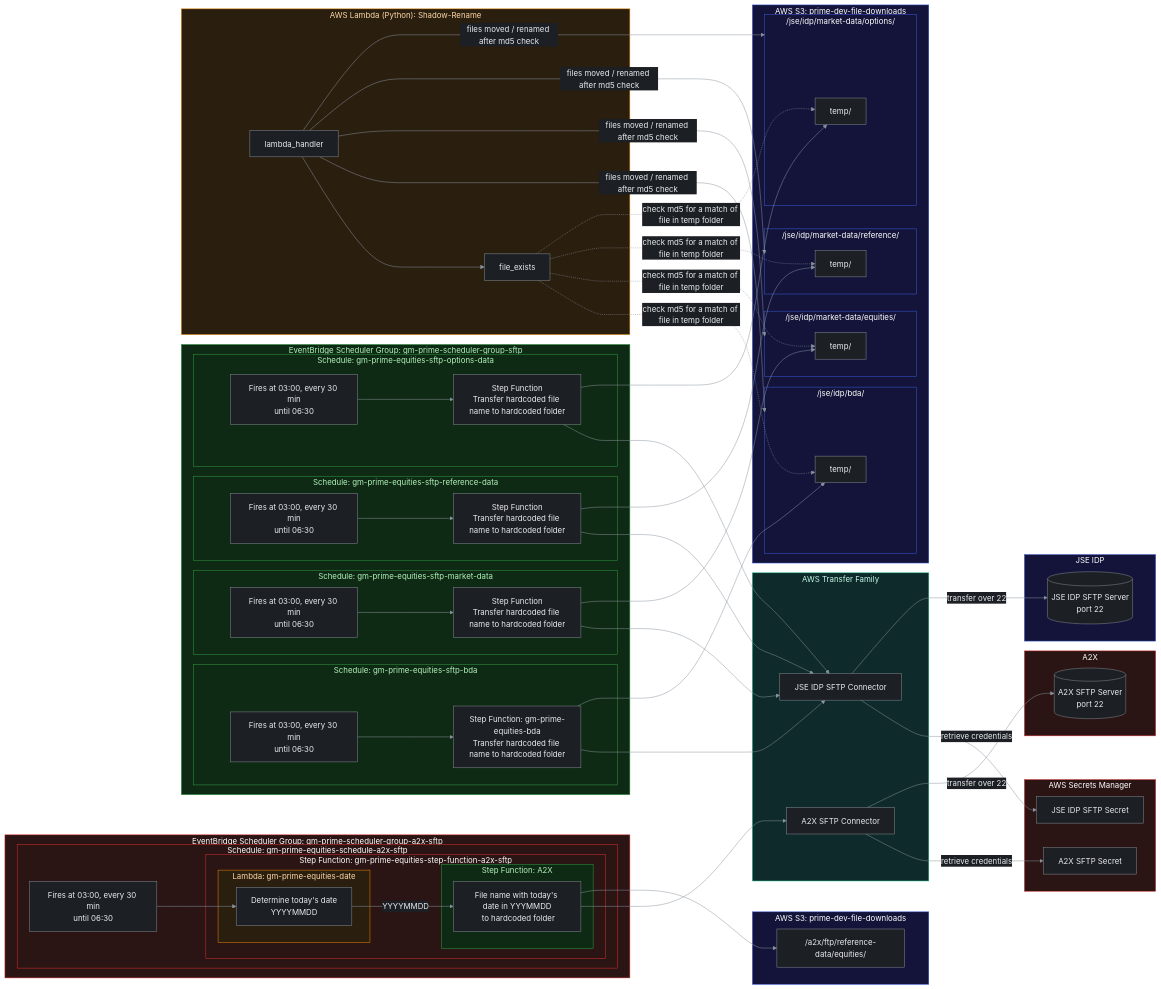
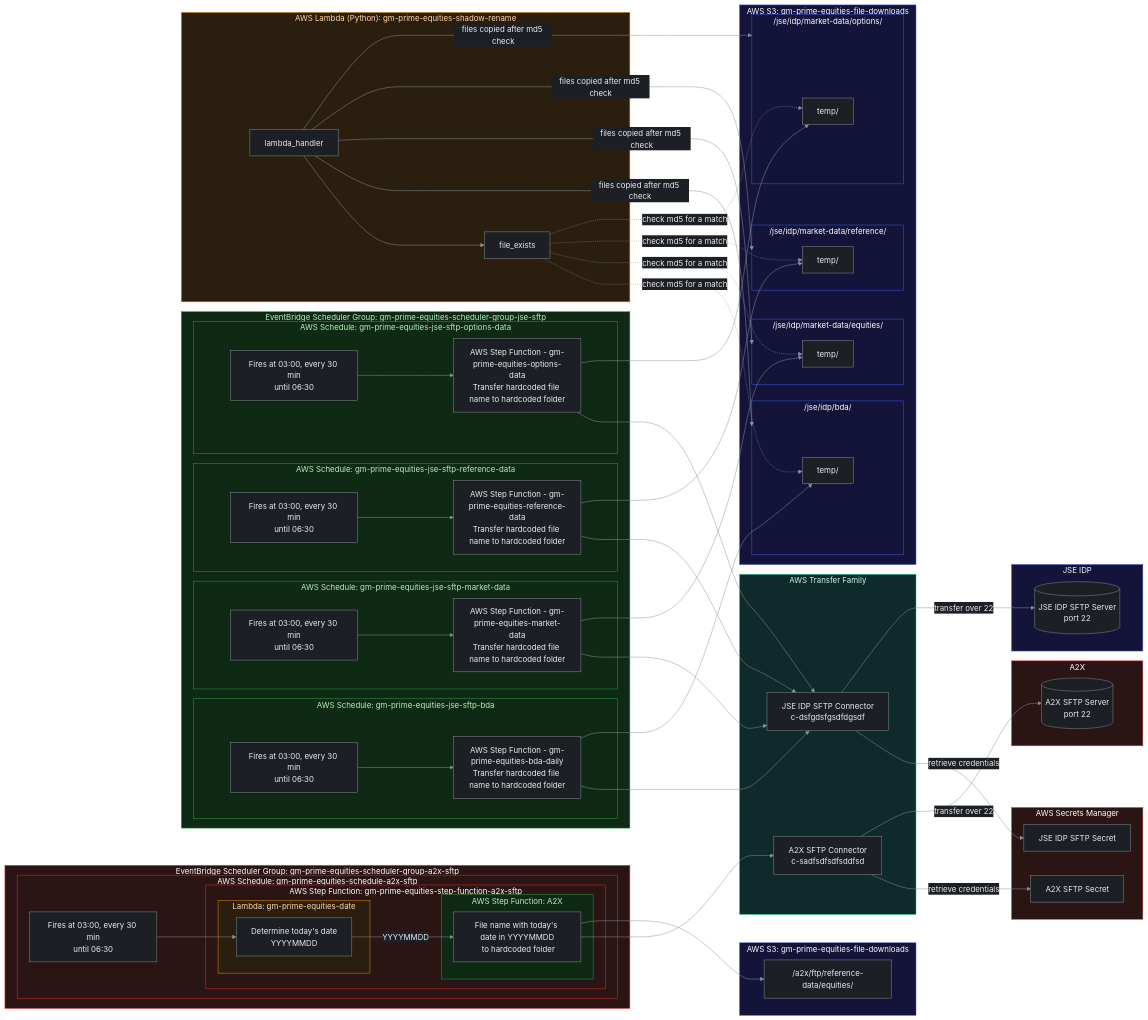
Before and after one commit to neolace/reimagined-robot: the diagram in README.md, drawn with Mermaid. The commit also changed other lines of this file and 25 other files, not shown here.

```diff
--- a/README.md
+++ b/README.md
@@ -57,8 +58,8 @@
 
     %% ---------- Transfer Family ----------
     subgraph TF["AWS Transfer Family"]
-        CONN_A2X["A2X SFTP Connector"]
-        CONN_JSE["JSE IDP SFTP Connector"]
+        CONN_A2X["A2X SFTP Connector<br/>c-sadfsdfsdfsddfsd"]
+        CONN_JSE["JSE IDP SFTP Connector<br/>c-dsfgdsfgsdfdgsdf"]
     end
 
     CONN_A2X -- "retrieve credentials" --> SEC_A2X
@@ -67,15 +68,15 @@
     CONN_JSE -- "transfer over 22" --> JSE_SFTP
 
     %% ---------- A2X scheduler ----------
-    subgraph SG_A2X["EventBridge Scheduler Group: gm-prime-scheduler-group-a2x-sftp"]
-        subgraph SCH_A2X["Schedule: gm-prime-equities-schedule-a2x-sftp"]
+    subgraph SG_A2X["EventBridge Scheduler Group: gm-prime-equities-scheduler-group-a2x-sftp"]
+        subgraph SCH_A2X["AWS Schedule: gm-prime-equities-schedule-a2x-sftp"]
             CRON_A2X["Fires at 03:00, every 30 min<br/>until 06:30"]
-            subgraph SF_A2X_OUTER["Step Function: gm-prime-equities-step-function-a2x-sftp"]
+            subgraph SF_A2X_OUTER["AWS Step Function: gm-prime-equities-step-function-a2x-sftp"]
                 subgraph L_DATE["Lambda: gm-prime-equities-date"]
                     DATE["Determine today's date<br/>YYYYMMDD"]
                 end
-                subgraph SF_A2X["Step Function: A2X"]
-                    A2X_XFER["File name with today's date in YYYMMDD<br/> to hardcoded folder"]
+                subgraph SF_A2X["AWS Step Function: A2X"]
+                    A2X_XFER["File name with today's date in YYYYMMDD<br/> to hardcoded folder"]
                 end
                 DATE -- "YYYYMMDD" --> A2X_XFER
             end
@@ -84,25 +85,25 @@
     end
 
     %% ---------- JSE scheduler ----------
-    subgraph SG_JSE["EventBridge Scheduler Group: gm-prime-scheduler-group-sftp"]
-        subgraph SCH_BDA["Schedule: gm-prime-equities-sftp-bda"]
+    subgraph SG_JSE["EventBridge Scheduler Group: gm-prime-equities-scheduler-group-jse-sftp"]
+        subgraph SCH_BDA["AWS Schedule: gm-prime-equities-jse-sftp-bda"]
             CRON_BDA["Fires at 03:00, every 30 min<br/>until 06:30"]
-            SF_BDA["Step Function: gm-prime-equities-bda<br/>Transfer hardcoded file name to hardcoded folder"]
+            SF_BDA["AWS Step Function - gm-prime-equities-bda-daily<br/>Transfer hardcoded file name to hardcoded folder"]
             CRON_BDA --> SF_BDA
         end
-        subgraph SCH_MKT["Schedule: gm-prime-equities-sftp-market-data"]
+        subgraph SCH_MKT["AWS Schedule: gm-prime-equities-jse-sftp-market-data"]
             CRON_MKT["Fires at 03:00, every 30 min<br/>until 06:30"]
-            SF_MKT["Step Function<br/>Transfer hardcoded file name to hardcoded folder"]
+            SF_MKT["AWS Step Function - gm-prime-equities-market-data<br/>Transfer hardcoded file name to hardcoded folder"]
             CRON_MKT --> SF_MKT
         end
-        subgraph SCH_REF["Schedule: gm-prime-equities-sftp-reference-data"]
+        subgraph SCH_REF["AWS Schedule: gm-prime-equities-jse-sftp-reference-data"]
             CRON_REF["Fires at 03:00, every 30 min<br/>until 06:30"]
-            SF_REF["Step Function<br/>Transfer hardcoded file name to hardcoded folder"]
+            SF_REF["AWS Step Function - gm-prime-equities-reference-data<br/>Transfer hardcoded file name to hardcoded folder"]
             CRON_REF --> SF_REF
         end
-        subgraph SCH_OPT["Schedule: gm-prime-equities-sftp-options-data"]
+        subgraph SCH_OPT["AWS Schedule: gm-prime-equities-jse-sftp-options-data"]
             CRON_OPT["Fires at 03:00, every 30 min<br/>until 06:30"]
-            SF_OPT["Step Function<br/>Transfer hardcoded file name to hardcoded folder"]
+            SF_OPT["AWS Step Function - gm-prime-equities-options-data<br/>Transfer hardcoded file name to hardcoded folder"]
             CRON_OPT --> SF_OPT
         end
     end
@@ -114,13 +115,13 @@
     SF_OPT --> CONN_JSE
 
     %% ---------- S3: A2X ----------
-    subgraph S3_A2X["AWS S3: prime-dev-file-downloads"]
+    subgraph S3_A2X["AWS S3: gm-prime-equities-file-downloads"]
         A2X_FOLDER["/a2x/ftp/reference-data/equities/"]
     end
     A2X_XFER --> A2X_FOLDER
 
     %% ---------- S3: JSE ----------
-    subgraph S3_JSE["AWS S3: prime-dev-file-downloads"]
+    subgraph S3_JSE["AWS S3: gm-prime-equities-file-downloads"]
         subgraph F_BDA["/jse/idp/bda/"]
             T_BDA["temp/"]
         end
@@ -140,21 +141,21 @@
     SF_REF --> T_REF
     SF_OPT --> T_OPT
 
-    %% ---------- Shadow-Rename Lambda ----------
-    subgraph LAMBDA["AWS Lambda (Python): Shadow-Rename"]
+    %% ---------- gm-prime-equities-shadow-rename ----------
+    subgraph LAMBDA["AWS Lambda (Python): gm-prime-equities-shadow-rename"]
         HANDLER["lambda_handler"]
         EXISTS["file_exists"]
         HANDLER --> EXISTS
     end
 
-    EXISTS -. "check md5 for a match of file in temp folder" .-> T_BDA
-    EXISTS -. "check md5 for a match of file in temp folder" .-> T_MKT
-    EXISTS -. "check md5 for a match of file in temp folder" .-> T_REF
-    EXISTS -. "check md5 for a match of file in temp folder" .-> T_OPT
-    HANDLER -- "files moved / renamed after md5 check" --> F_BDA
-    HANDLER -- "files moved / renamed after md5 check" --> F_MKT
-    HANDLER -- "files moved / renamed after md5 check" --> F_REF
-    HANDLER -- "files moved / renamed after md5 check" --> F_OPT
+    EXISTS -. "check md5 for a match" .-> T_BDA
+    EXISTS -. "check md5 for a match" .-> T_MKT
+    EXISTS -. "check md5 for a match" .-> T_REF
+    EXISTS -. "check md5 for a match" .-> T_OPT
+    HANDLER -- "files copied after md5 check" --> F_BDA
+    HANDLER -- "files copied after md5 check" --> F_MKT
+    HANDLER -- "files copied after md5 check" --> F_REF
+    HANDLER -- "files copied after md5 check" --> F_OPT
 
     %% ---------- Styling ----------
     classDef red fill:#2a1414,stroke:#e03131,color:#fff
```
